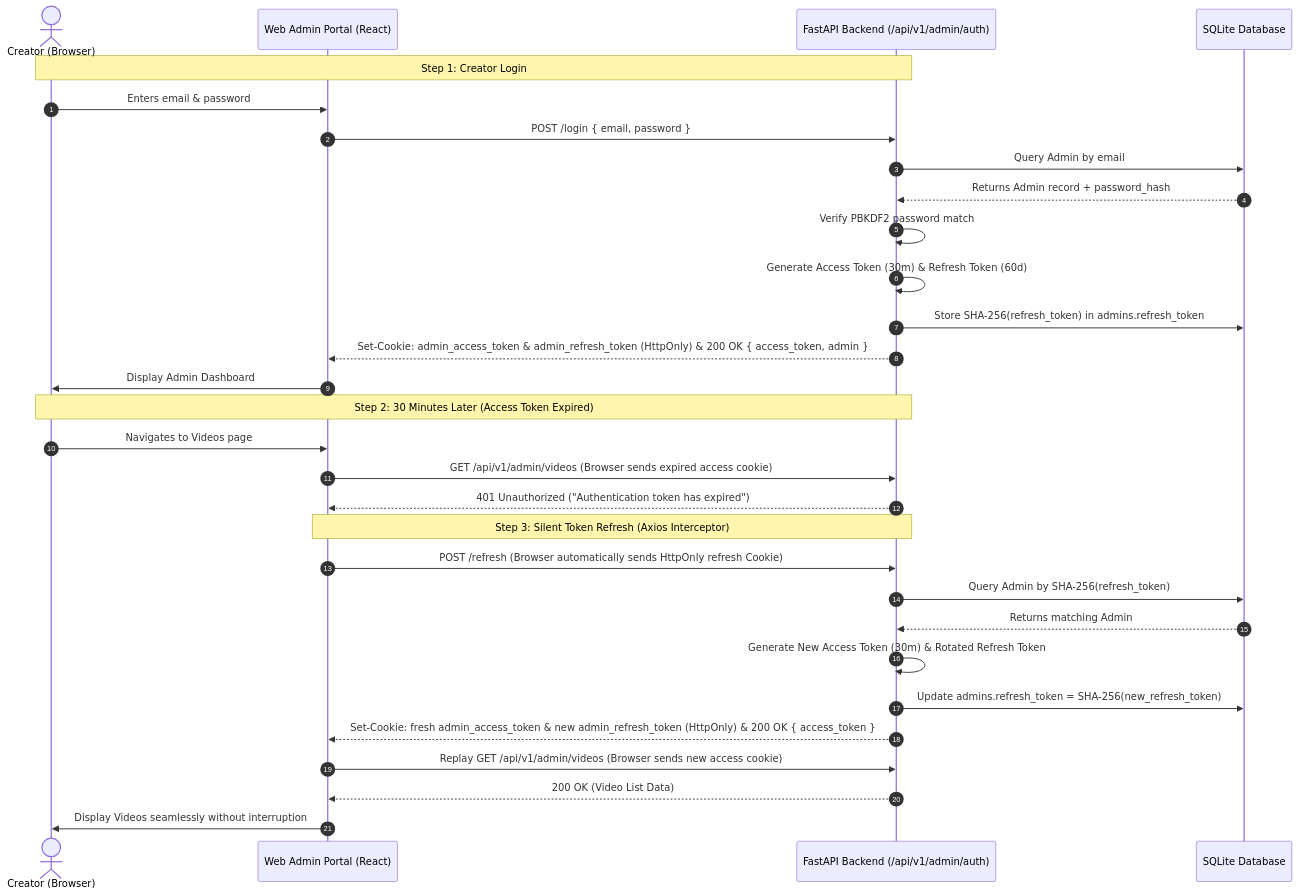
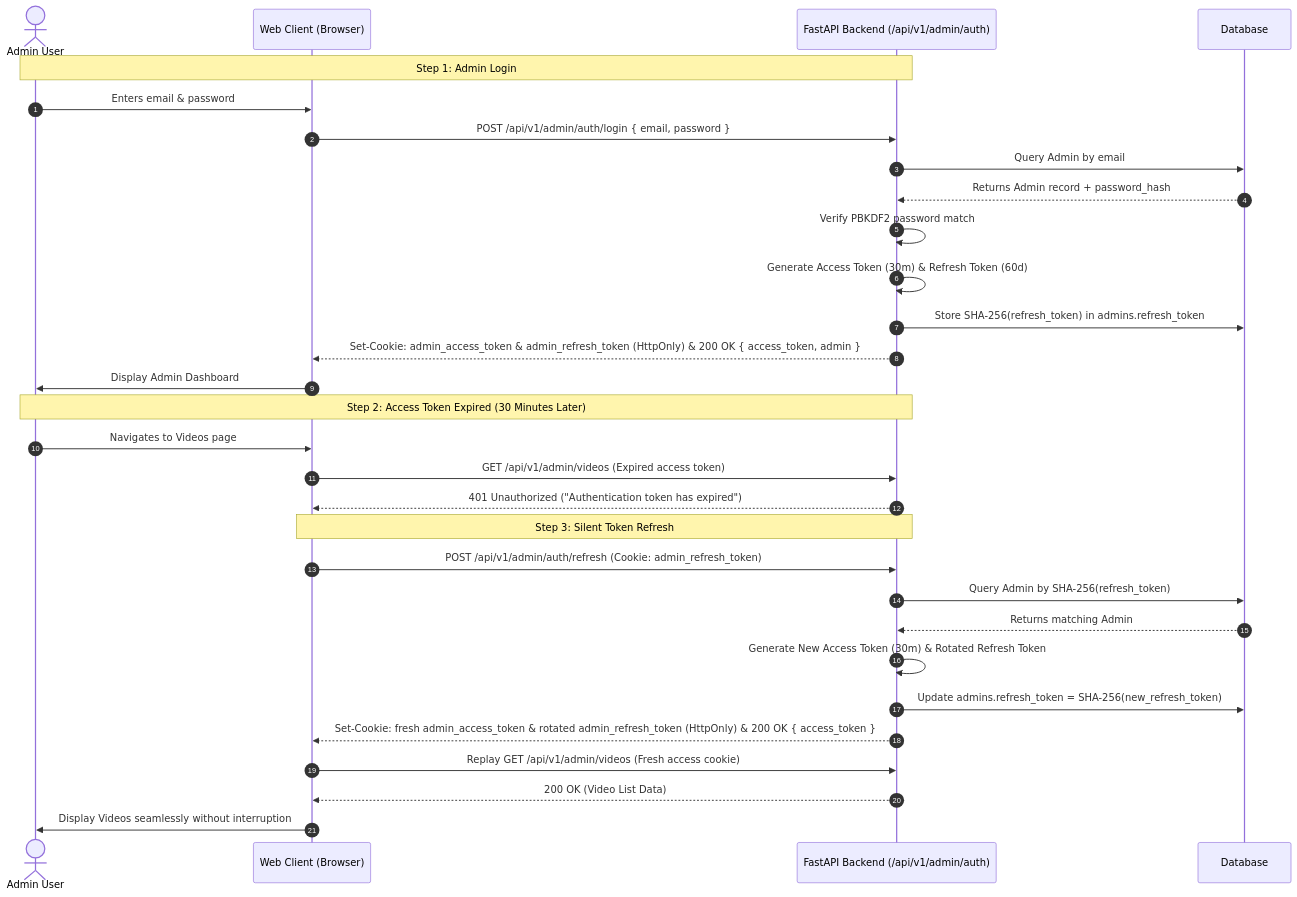
One commit to TalentSea/content-talent-backend changed the first of 2 diagrams in docs/admin/admin_authentication_api_specification.md. Above: the diagram before and after it, drawn with Mermaid. The commit also changed other lines of this file and 121 other files, not shown here.

````diff
--- a/docs/admin/admin_authentication_api_specification.md
+++ b/docs/admin/admin_authentication_api_specification.md
@@ -606,35 +713,35 @@
 ```mermaid
 sequenceDiagram
     autonumber
-    actor Creator as Creator (Browser)
-    participant SPA as Web Admin Portal (React)
+    actor User as Admin User
+    participant Client as Web Client (Browser)
     participant API as FastAPI Backend (/api/v1/admin/auth)
-    participant DB as SQLite Database
+    participant DB as Database
 
-    Note over Creator,API: Step 1: Creator Login
-    Creator->>SPA: Enters email & password
-    SPA->>API: POST /login { email, password }
+    Note over User,API: Step 1: Admin Login
+    User->>Client: Enters email & password
+    Client->>API: POST /api/v1/admin/auth/login { email, password }
     API->>DB: Query Admin by email
     DB-->>API: Returns Admin record + password_hash
     API->>API: Verify PBKDF2 password match
     API->>API: Generate Access Token (30m) & Refresh Token (60d)
     API->>DB: Store SHA-256(refresh_token) in admins.refresh_token
-    API-->>SPA: Set-Cookie: admin_access_token & admin_refresh_token (HttpOnly) & 200 OK { access_token, admin }
-    SPA->>Creator: Display Admin Dashboard
+    API-->>Client: Set-Cookie: admin_access_token & admin_refresh_token (HttpOnly) & 200 OK { access_token, admin }
+    Client->>User: Display Admin Dashboard
 
-    Note over Creator,API: Step 2: 30 Minutes Later (Access Token Expired)
-    Creator->>SPA: Navigates to Videos page
-    SPA->>API: GET /api/v1/admin/videos (Browser sends expired access cookie)
-    API-->>SPA: 401 Unauthorized ("Authentication token has expired")
+    Note over User,API: Step 2: Access Token Expired (30 Minutes Later)
+    User->>Client: Navigates to Videos page
+    Client->>API: GET /api/v1/admin/videos (Expired access token)
+    API-->>Client: 401 Unauthorized ("Authentication token has expired")
 
-    Note over SPA,API: Step 3: Silent Token Refresh (Axios Interceptor)
-    SPA->>API: POST /refresh (Browser automatically sends HttpOnly refresh Cookie)
+    Note over Client,API: Step 3: Silent Token Refresh
+    Client->>API: POST /api/v1/admin/auth/refresh (Cookie: admin_refresh_token)
     API->>DB: Query Admin by SHA-256(refresh_token)
     DB-->>API: Returns matching Admin
     API->>API: Generate New Access Token (30m) & Rotated Refresh Token
     API->>DB: Update admins.refresh_token = SHA-256(new_refresh_token)
-    API-->>SPA: Set-Cookie: fresh admin_access_token & new admin_refresh_token (HttpOnly) & 200 OK { access_token }
-    SPA->>API: Replay GET /api/v1/admin/videos (Browser sends new access cookie)
-    API-->>SPA: 200 OK (Video List Data)
-    SPA->>Creator: Display Videos seamlessly without interruption
+    API-->>Client: Set-Cookie: fresh admin_access_token & rotated admin_refresh_token (HttpOnly) & 200 OK { access_token }
+    Client->>API: Replay GET /api/v1/admin/videos (Fresh access cookie)
+    API-->>Client: 200 OK (Video List Data)
+    Client->>User: Display Videos seamlessly without interruption
 ```
````
